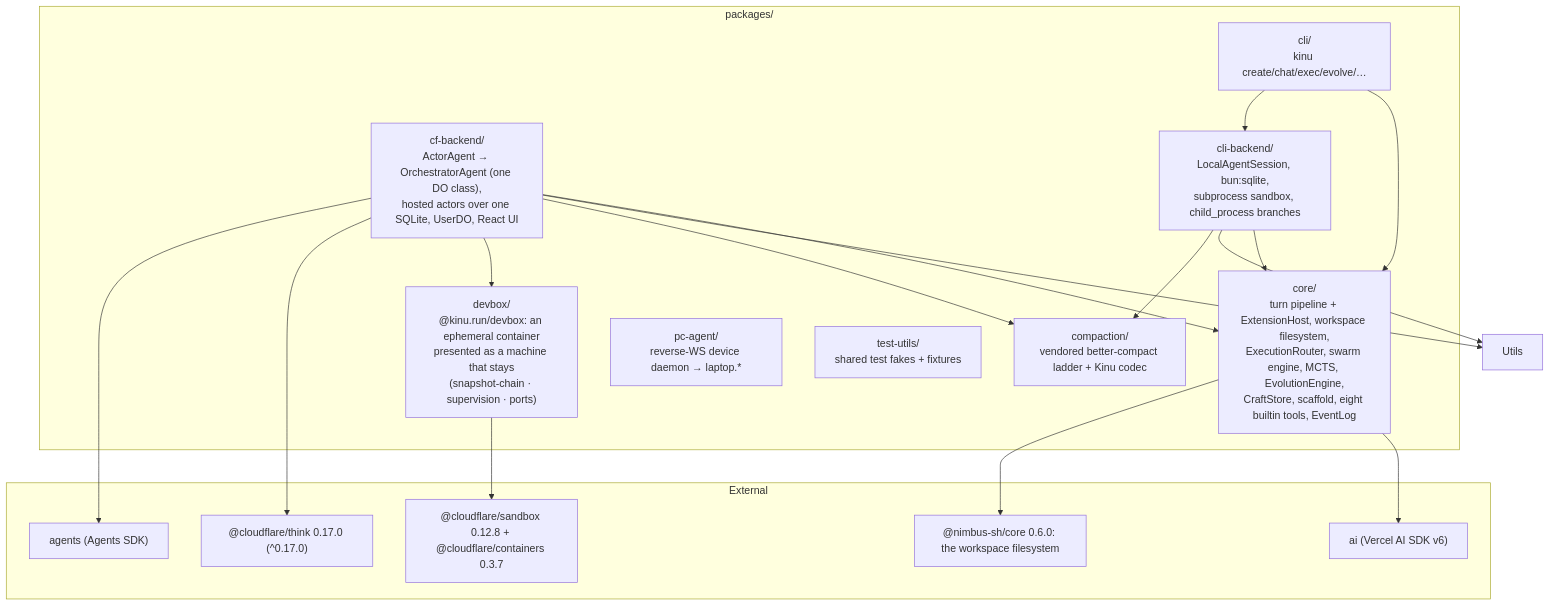
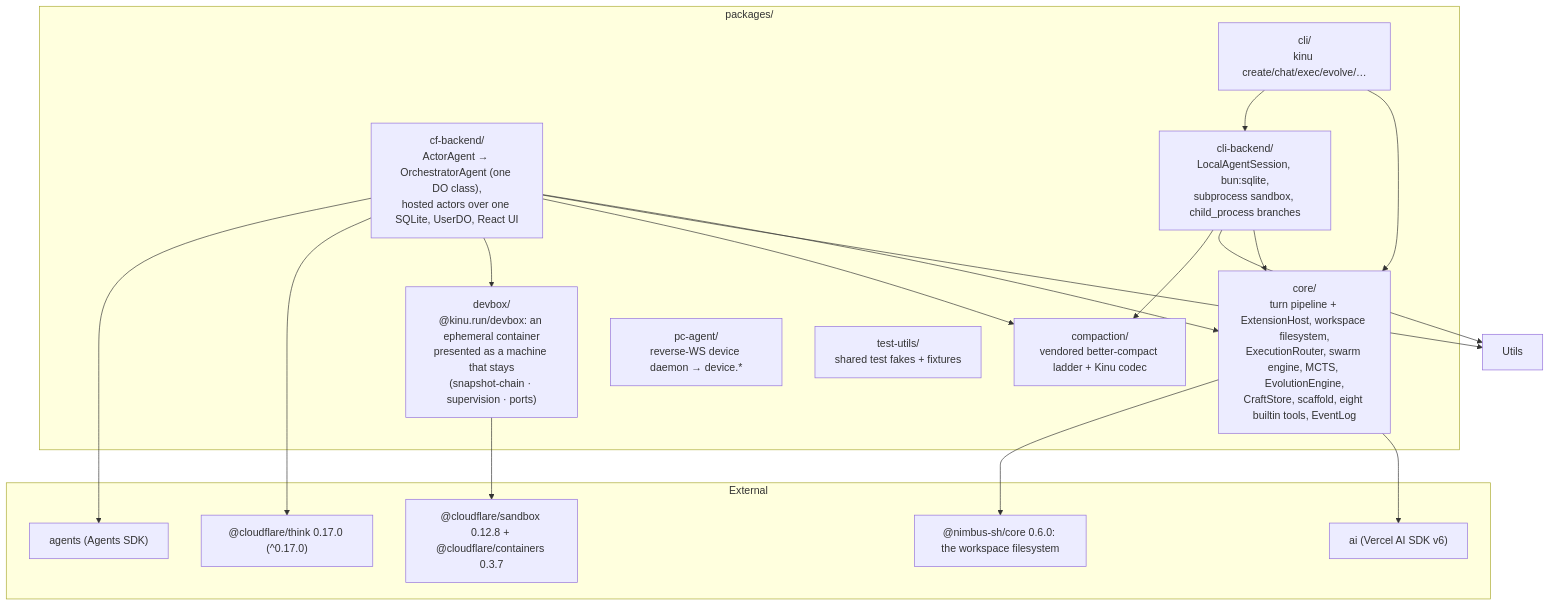
Before and after one commit to AshishKumar4/kinu: the fifth of 5 diagrams in docs/ARCHITECTURE.md, drawn with Mermaid. The commit also changed other lines of this file and 190 other files, not shown here.

````diff
--- a/docs/ARCHITECTURE.md
+++ b/docs/ARCHITECTURE.md
@@ -477,37 +477,37 @@
 ```mermaid
 graph TB
     subgraph pkgs["packages/"]
         Core["core/<br/>turn pipeline + ExtensionHost, workspace filesystem,<br/>ExecutionRouter, swarm engine, MCTS, EvolutionEngine,<br/>CraftStore, scaffold, eight builtin tools, EventLog"]
         CF["cf-backend/<br/>ActorAgent → OrchestratorAgent (one DO class),<br/>hosted actors over one SQLite, UserDO, React UI"]
         Compact["compaction/<br/>vendored better-compact ladder + Kinu codec"]
         Devbox["devbox/<br/>@kinu.run/devbox: an ephemeral container<br/>presented as a machine that stays<br/>(snapshot-chain · supervision · ports)"]
         CLI["cli/<br/>kinu create/chat/exec/evolve/…"]
         CLIB["cli-backend/<br/>LocalAgentSession, bun:sqlite,<br/>subprocess sandbox, child_process branches"]
-        PC["pc-agent/<br/>reverse-WS device daemon → laptop.*"]
+        PC["pc-agent/<br/>reverse-WS device daemon → device.*"]
         TU["test-utils/<br/>shared test fakes + fixtures"]
     end
 
     CF --> Core
     CF --> Utils
     CF --> Compact
     CF --> Devbox
     CLI --> Core
     CLI --> CLIB
     CLIB --> Core
     CLIB --> Utils
     CLIB --> Compact
 
     subgraph ext["External"]
         Think["@cloudflare/think 0.17.0 (^0.17.0)"]
         Agents["agents (Agents SDK)"]
         AISDK["ai (Vercel AI SDK v6)"]
         Nimbus["@nimbus-sh/core 0.6.0: the workspace filesystem"]
         Sandbox["@cloudflare/sandbox 0.12.8 + @cloudflare/containers 0.3.7"]
     end
 
     CF --> Think
     CF --> Agents
     Core --> AISDK
     Core --> Nimbus
     Devbox --> Sandbox
 ```
````
